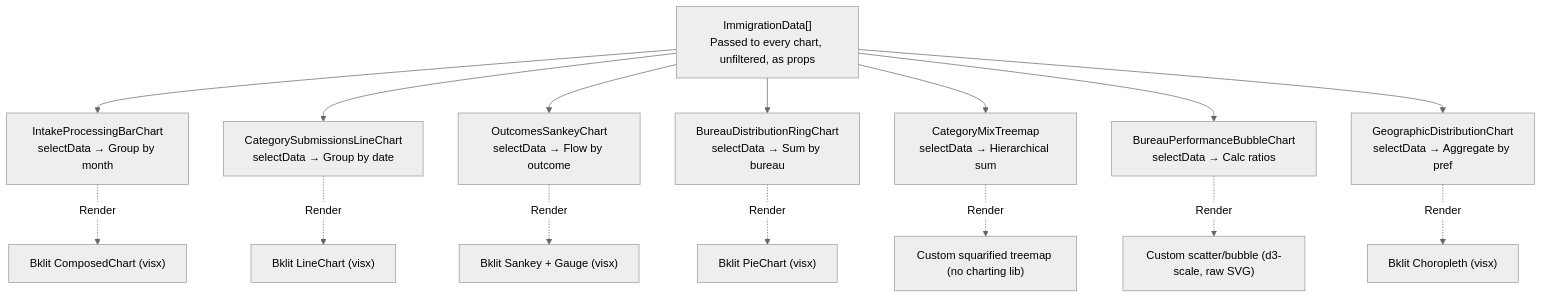
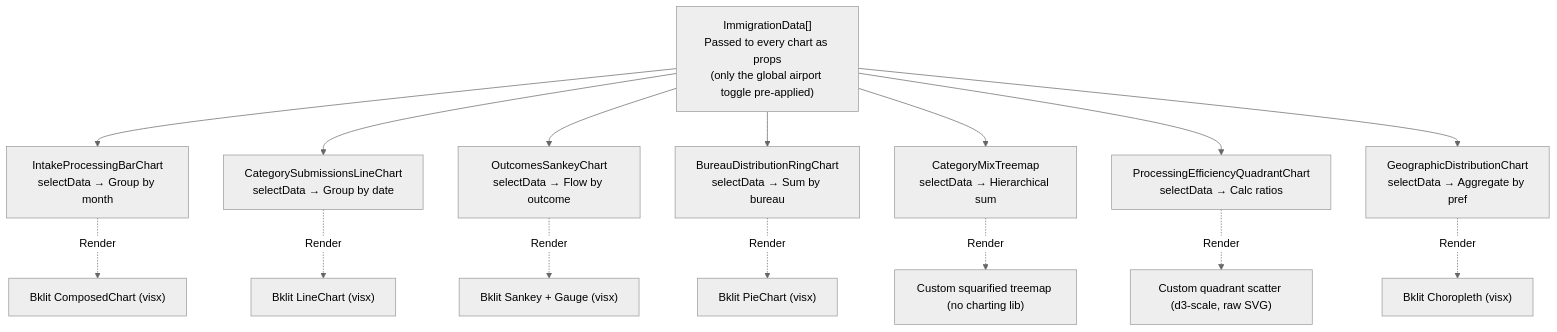
The fifth of 16 diagrams in ARCHITECTURE.md (RetroHazard/JP_Immigration_Dashboard), drawn with Mermaid (neutral theme) before and after one commit. The commit also changed other lines of this file and 13 other files, not shown here.

````diff
--- a/ARCHITECTURE.md
+++ b/ARCHITECTURE.md
@@ -138,27 +138,27 @@
 ```mermaid
 graph TD
-    RAW["ImmigrationData[]<br/>Passed to every chart, unfiltered, as props"]
+    RAW["ImmigrationData[]<br/>Passed to every chart as props<br/>(only the global airport toggle pre-applied)"]
     INTAKE["IntakeProcessingBarChart<br/>selectData → Group by month"]
     TYPES["CategorySubmissionsLineChart<br/>selectData → Group by date"]
     OUTCOMES["OutcomesSankeyChart<br/>selectData → Flow by outcome"]
     SHARE["BureauDistributionRingChart<br/>selectData → Sum by bureau"]
     MIX["CategoryMixTreemap<br/>selectData → Hierarchical sum"]
-    EFFICIENCY["BureauPerformanceBubbleChart<br/>selectData → Calc ratios"]
+    EFFICIENCY["ProcessingEfficiencyQuadrantChart<br/>selectData → Calc ratios"]
     MAP["GeographicDistributionChart<br/>selectData → Aggregate by pref"]
     
     RAW --> INTAKE
     RAW --> TYPES
     RAW --> OUTCOMES
     RAW --> SHARE
     RAW --> MIX
     RAW --> EFFICIENCY
     RAW --> MAP
     
     INTAKE -.->|Render| VIZ1["Bklit ComposedChart (visx)"]
     TYPES -.->|Render| VIZ2["Bklit LineChart (visx)"]
     OUTCOMES -.->|Render| VIZ3["Bklit Sankey + Gauge (visx)"]
     SHARE -.->|Render| VIZ4["Bklit PieChart (visx)"]
     MIX -.->|Render| VIZ5["Custom squarified treemap (no charting lib)"]
-    EFFICIENCY -.->|Render| VIZ6["Custom scatter/bubble (d3-scale, raw SVG)"]
+    EFFICIENCY -.->|Render| VIZ6["Custom quadrant scatter (d3-scale, raw SVG)"]
     MAP -.->|Render| VIZ7["Bklit Choropleth (visx)"]
 ```
````
